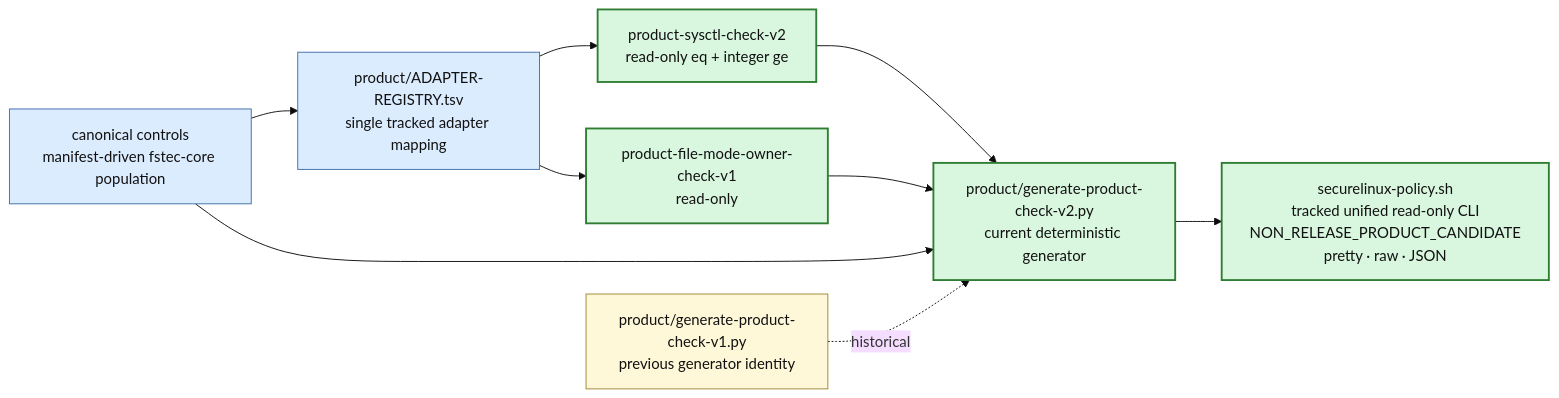
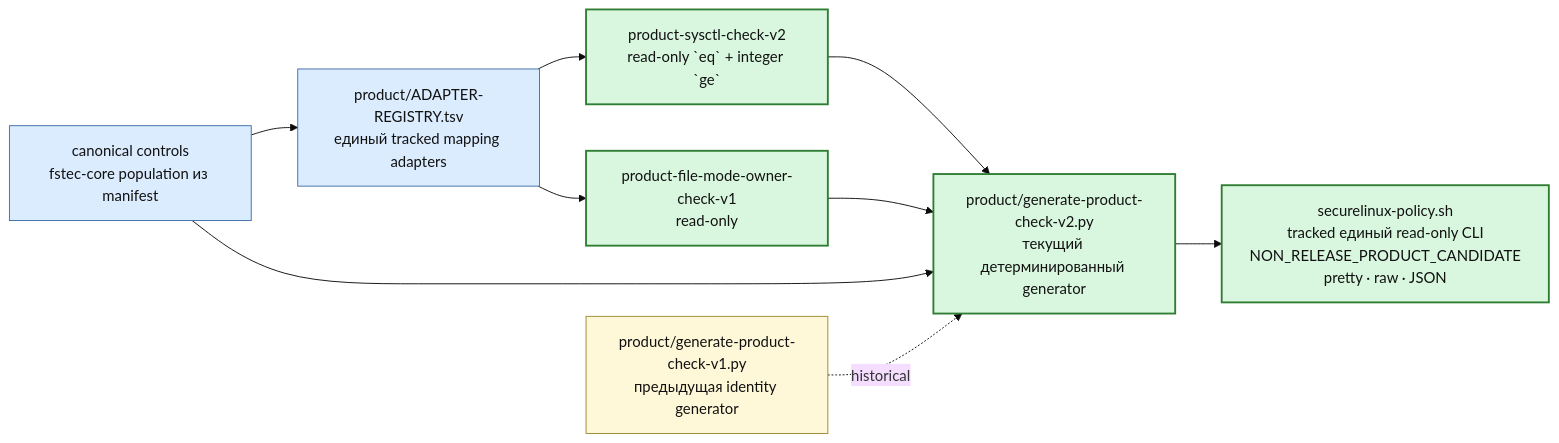
The third of 6 diagrams in docs/PROJECT-MAP-v3.md (rasav65/SecureLinux-Policy), drawn with Mermaid (base theme) before and after one commit. The commit also changed other lines of this file and 114 other files, not shown here.

````diff
--- a/docs/PROJECT-MAP-v3.md
+++ b/docs/PROJECT-MAP-v3.md
@@ -196,22 +196,22 @@
 ```mermaid
 flowchart LR
-    CTRLNOW["canonical controls<br/>manifest-driven fstec-core population"]:::component
-    REG["product/ADAPTER-REGISTRY.tsv<br/>single tracked adapter mapping"]:::component
-    SYS["product-sysctl-check-v2<br/>read-only eq + integer ge"]:::closed
+    CTRLNOW["canonical controls<br/>fstec-core population из manifest"]:::component
+    REG["product/ADAPTER-REGISTRY.tsv<br/>единый tracked mapping adapters"]:::component
+    SYS["product-sysctl-check-v2<br/>read-only `eq` + integer `ge`"]:::closed
     FILE["product-file-mode-owner-check-v1<br/>read-only"]:::closed
-    GEN1["product/generate-product-check-v1.py<br/>previous generator identity"]:::note
-    GEN2["product/generate-product-check-v2.py<br/>current deterministic generator"]:::closed
-    CLI["securelinux-policy.sh<br/>tracked unified read-only CLI<br/>NON_RELEASE_PRODUCT_CANDIDATE<br/>pretty · raw · JSON"]:::closed
+    GEN1["product/generate-product-check-v1.py<br/>предыдущая identity generator"]:::note
+    GEN2["product/generate-product-check-v2.py<br/>текущий детерминированный generator"]:::closed
+    CLI["securelinux-policy.sh<br/>tracked единый read-only CLI<br/>NON_RELEASE_PRODUCT_CANDIDATE<br/>pretty · raw · JSON"]:::closed
 
     CTRLNOW --> REG
     REG --> SYS
     REG --> FILE
     SYS --> GEN2
     FILE --> GEN2
     CTRLNOW --> GEN2 --> CLI
     GEN1 -. historical .-> GEN2
 
     classDef closed fill:#d9f7df,stroke:#2f7d32,color:#111,stroke-width:2px;
     classDef component fill:#dcecff,stroke:#3e6ea8,color:#111;
     classDef note fill:#fff8d8,stroke:#9d8730,color:#111;
 ```
````
